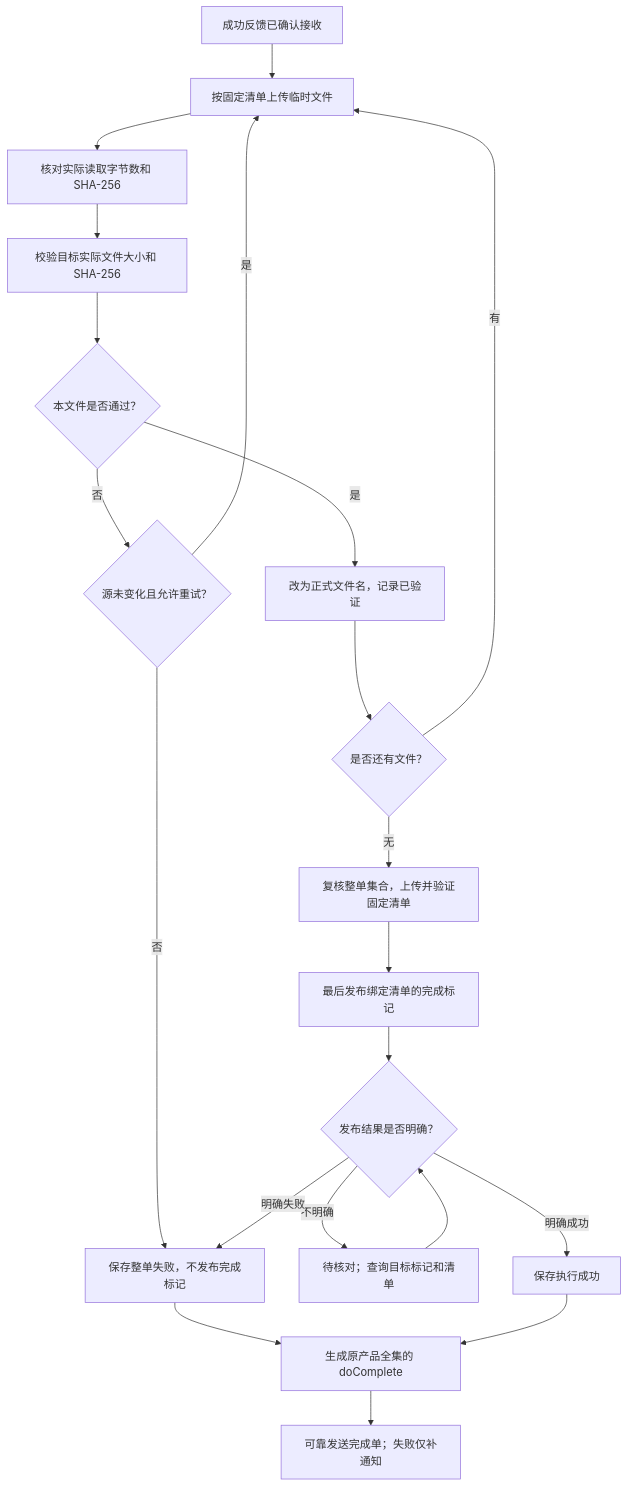
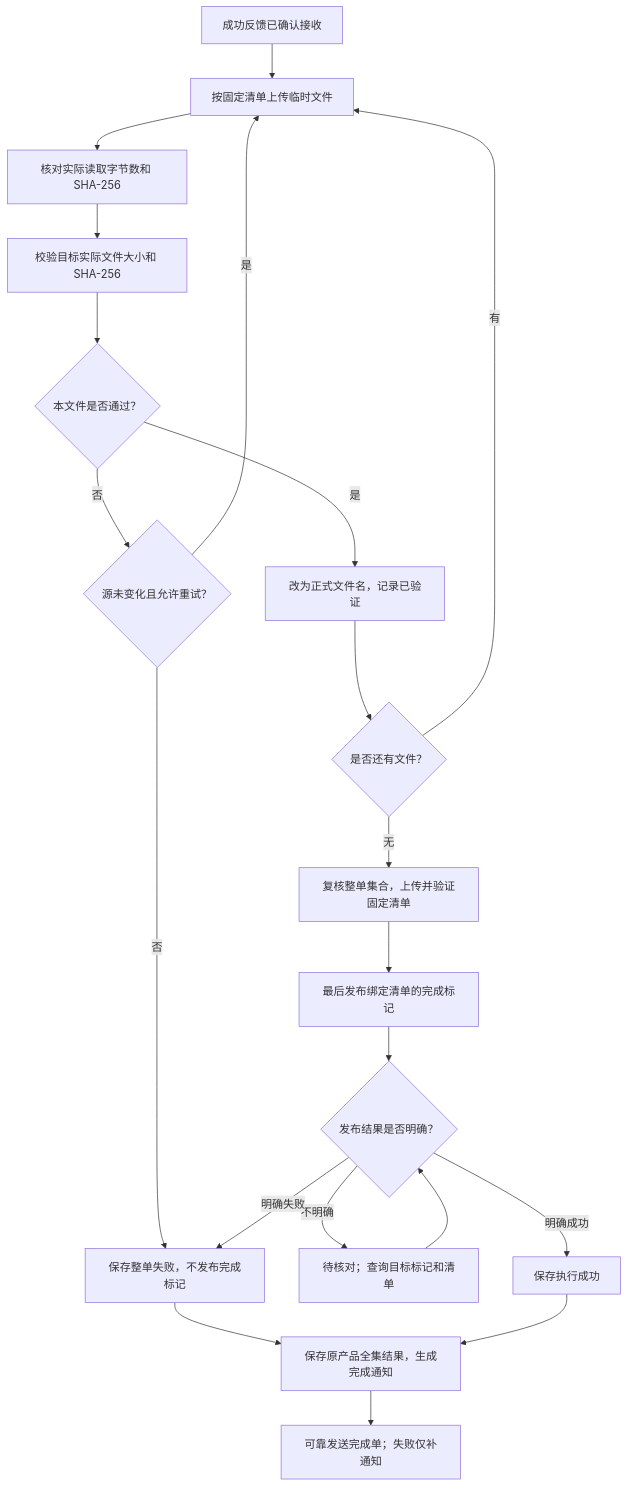
The second of 2 diagrams in doc/01_推送流程.md (breezePeak/sharing_platform), drawn with Mermaid before and after one commit. The commit also changed other lines of this file and 48 other files, not shown here.

````diff
--- a/doc/01_推送流程.md
+++ b/doc/01_推送流程.md
@@ -147,23 +180,23 @@
 ```mermaid
 flowchart TD
     A["成功反馈已确认接收"] --> B["按固定清单上传临时文件"]
     B --> C["核对实际读取字节数和 SHA-256"]
     C --> D["校验目标实际文件大小和 SHA-256"]
     D --> E{"本文件是否通过？"}
     E -->|否| F{"源未变化且允许重试？"}
     F -->|是| B
     F -->|否| G["保存整单失败，不发布完成标记"]
     E -->|是| H["改为正式文件名，记录已验证"]
     H --> I{"是否还有文件？"}
     I -->|有| B
     I -->|无| J["复核整单集合，上传并验证固定清单"]
     J --> K["最后发布绑定清单的完成标记"]
     K --> L{"发布结果是否明确？"}
     L -->|不明确| M["待核对；查询目标标记和清单"]
     M --> L
     L -->|明确失败| G
     L -->|明确成功| N["保存执行成功"]
-    G --> O["生成原产品全集的 doComplete"]
+    G --> O["保存原产品全集结果，生成完成通知"]
     N --> O
     O --> P["可靠发送完成单；失败仅补通知"]
 ```
````
